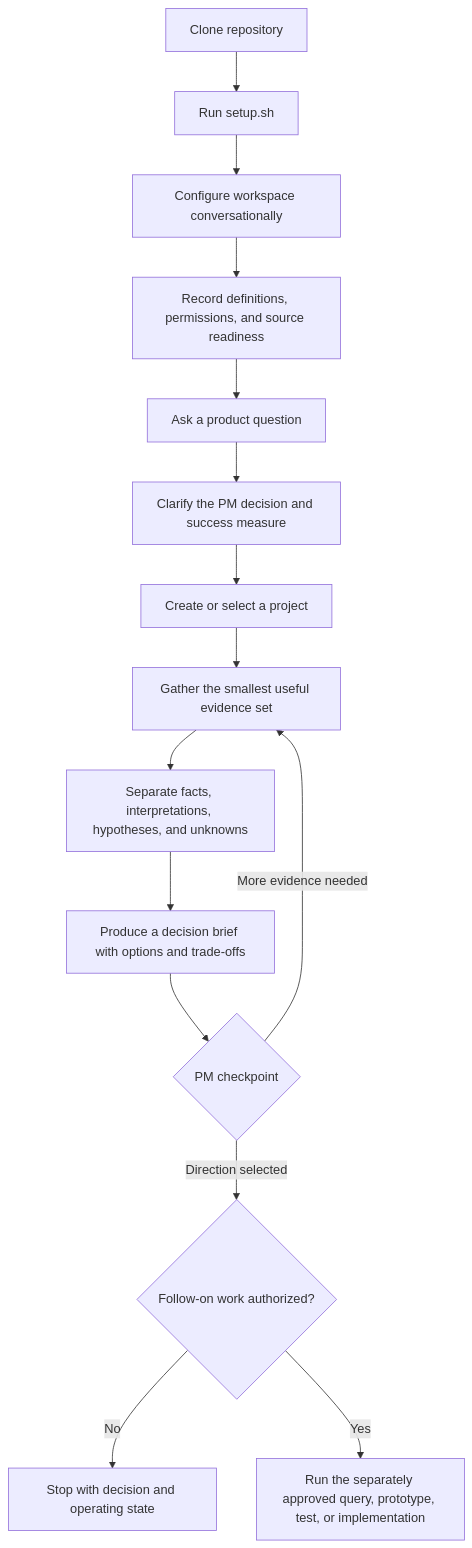
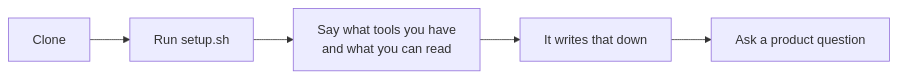
Before and after one commit to adhyayanrathi01/product-manager-os: the first of 5 diagrams in docs/FLOWS.md, drawn with Mermaid. The commit also changed other lines of this file and 4 other files, not shown here.

First line of the commit message:
v0.4.1: rewrite FLOWS.md in plain language

````diff
--- a/docs/FLOWS.md
+++ b/docs/FLOWS.md
@@ -9,17 +15,7 @@
 ```mermaid
-flowchart TD
-    A[Clone repository] --> B[Run setup.sh]
-    B --> C[Configure workspace conversationally]
-    C --> D[Record definitions, permissions, and source readiness]
+flowchart LR
+    A[Clone] --> B[Run setup.sh]
+    B --> C[Say what tools you have<br/>and what you can read]
+    C --> D[It writes that down]
     D --> E[Ask a product question]
-    E --> F[Clarify the PM decision and success measure]
-    F --> G[Create or select a project]
-    G --> H[Gather the smallest useful evidence set]
-    H --> I[Separate facts, interpretations, hypotheses, and unknowns]
-    I --> J[Produce a decision brief with options and trade-offs]
-    J --> K{PM checkpoint}
-    K -->|More evidence needed| H
-    K -->|Direction selected| L{Follow-on work authorized?}
-    L -->|No| M[Stop with decision and operating state]
-    L -->|Yes| N[Run the separately approved query, prototype, test, or implementation]
 ```
````
